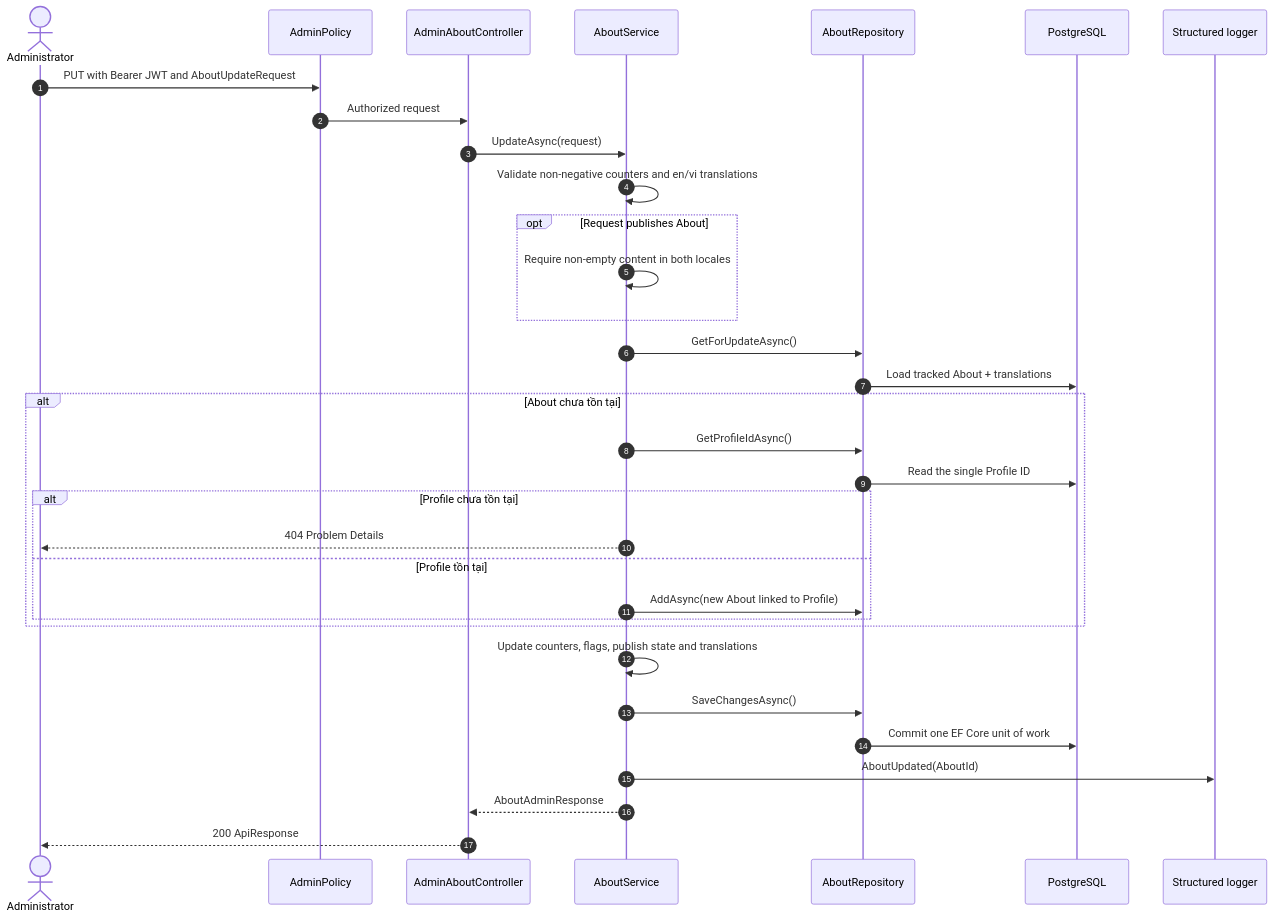
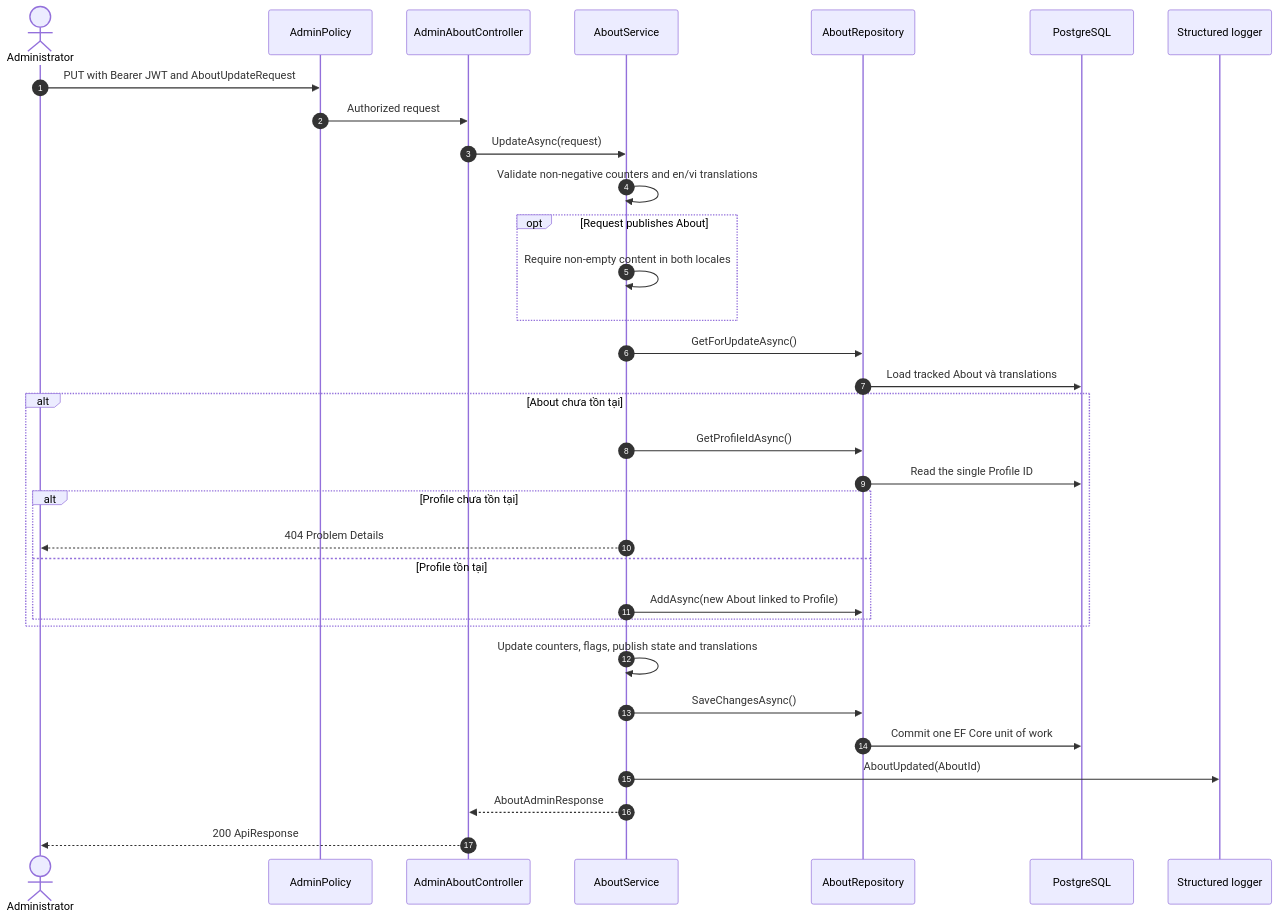
Diagram 12 of 19 in docs/architecture/CURRENT_PROCESS_FLOWS.md (hoangnam-dev/CG03_AboutMe_API), drawn with Mermaid before and after one commit. The commit also changed other lines of this file and 16 other files, not shown here.

````diff
--- a/docs/architecture/CURRENT_PROCESS_FLOWS.md
+++ b/docs/architecture/CURRENT_PROCESS_FLOWS.md
@@ -372,38 +479,38 @@
 ```mermaid
 sequenceDiagram
     autonumber
     actor Admin as Administrator
     participant Policy as AdminPolicy
     participant Controller as AdminAboutController
     participant Service as AboutService
     participant Repo as AboutRepository
     participant DB as PostgreSQL
     participant Log as Structured logger
 
     Admin->>Policy: PUT with Bearer JWT and AboutUpdateRequest
     Policy->>Controller: Authorized request
     Controller->>Service: UpdateAsync(request)
     Service->>Service: Validate non-negative counters and en/vi translations
     opt Request publishes About
         Service->>Service: Require non-empty content in both locales
     end
     Service->>Repo: GetForUpdateAsync()
-    Repo->>DB: Load tracked About + translations
+    Repo->>DB: Load tracked About và translations
 
     alt About chưa tồn tại
         Service->>Repo: GetProfileIdAsync()
         Repo->>DB: Read the single Profile ID
         alt Profile chưa tồn tại
             Service-->>Admin: 404 Problem Details
         else Profile tồn tại
             Service->>Repo: AddAsync(new About linked to Profile)
         end
     end
 
     Service->>Service: Update counters, flags, publish state and translations
     Service->>Repo: SaveChangesAsync()
     Repo->>DB: Commit one EF Core unit of work
     Service->>Log: AboutUpdated(AboutId)
     Service-->>Controller: AboutAdminResponse
     Controller-->>Admin: 200 ApiResponse
 ```
````
